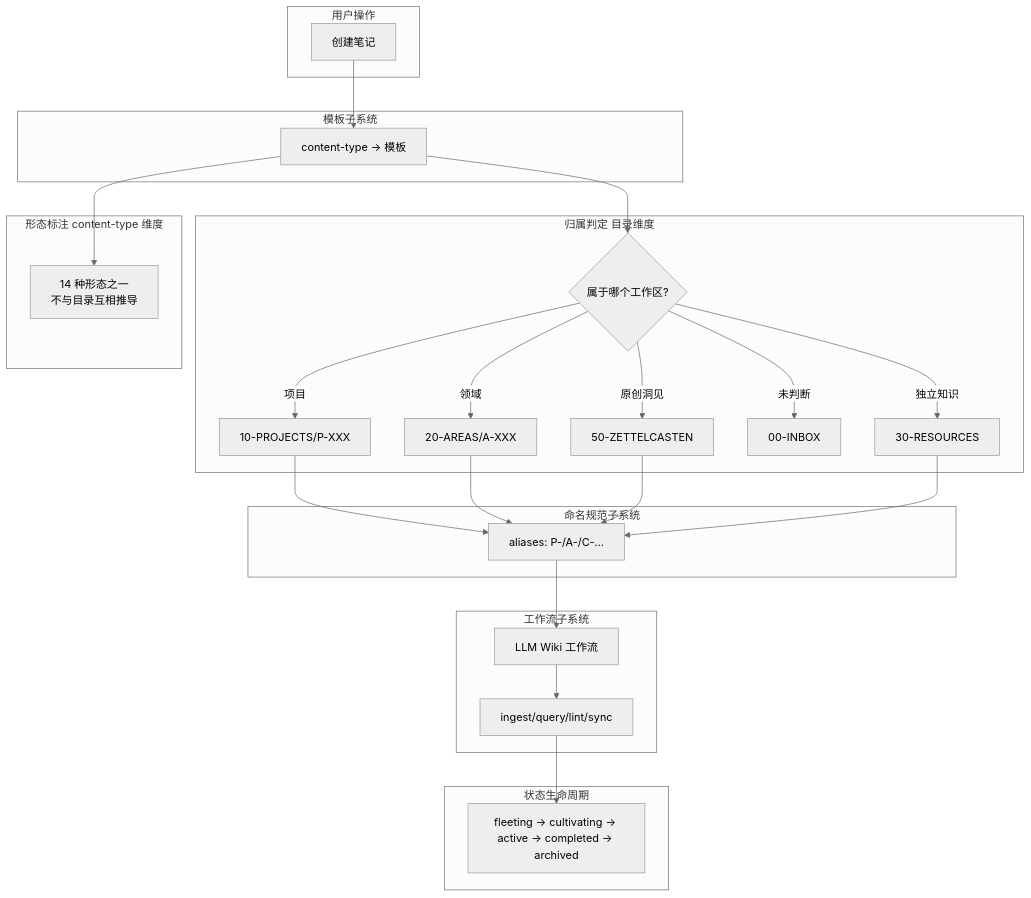
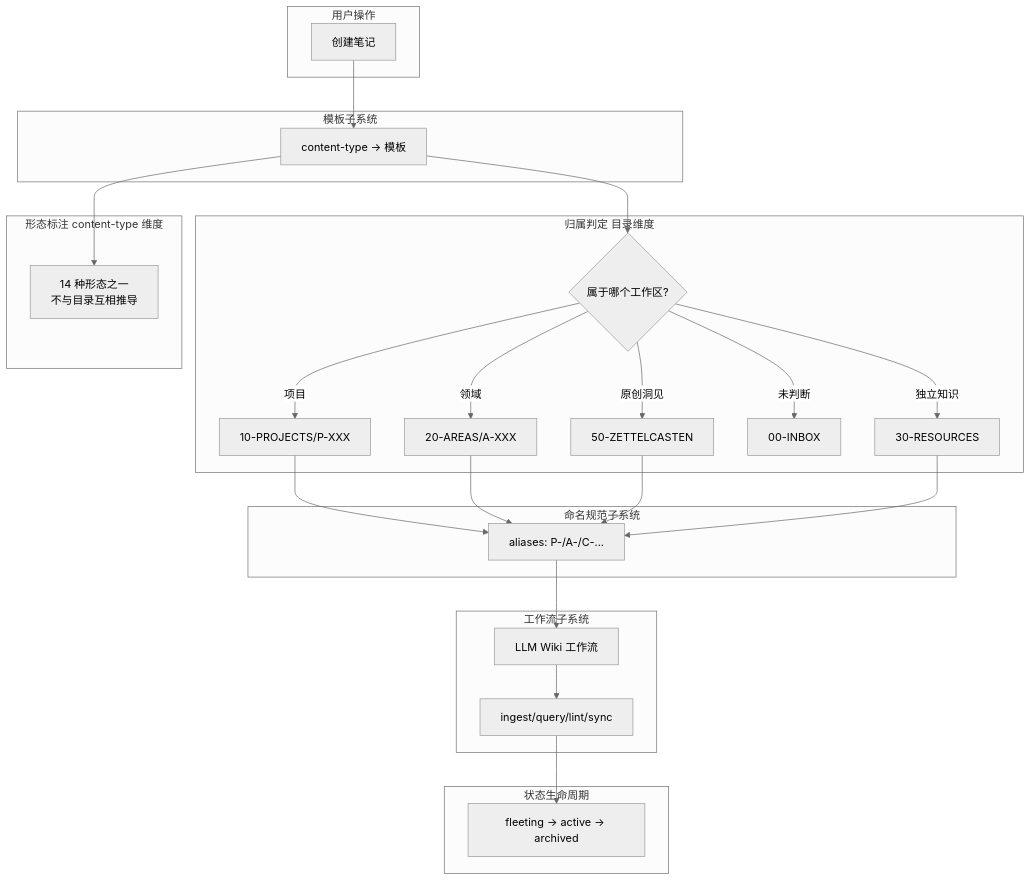
One commit to pedyc/dg.pedyc changed the diagram in content/01-META/Guide/本库子系统概述.md. Above: the diagram before and after it, drawn with Mermaid (neutral theme). The commit also changed other lines of this file and 362 other files, not shown here.

First line of the commit message:
refactor(meta): status 由 5 值收窄为 3 值（fleeting / active / archived）

````diff
--- a/content/01-META/Guide/本库子系统概述.md
+++ b/content/01-META/Guide/本库子系统概述.md
@@ -55,39 +55,39 @@
 ```mermaid
 flowchart TD
     subgraph 用户操作
     A[创建笔记]
     end
 
     subgraph 模板子系统
     A --> B[content-type → 模板]
     end
 
     subgraph 归属判定 目录维度
     B --> C{属于哪个工作区?}
     C -->|项目| D[10-PROJECTS/P-XXX]
     C -->|领域| D2[20-AREAS/A-XXX]
     C -->|原创洞见| H[50-ZETTELCASTEN]
     C -->|未判断| IN[00-INBOX]
     C -->|独立知识| E[30-RESOURCES]
     end
 
     subgraph 形态标注 content-type 维度
     B --> T[14 种形态之一<br/>不与目录互相推导]
     end
 
     subgraph 命名规范子系统
     D --> F[aliases: P-/A-/C-...]
     D2 --> F
     H --> F
     E --> F
     end
 
     subgraph 工作流子系统
     F --> J[LLM Wiki 工作流]
     J --> K[ingest/query/lint/sync]
     end
 
     subgraph 状态生命周期
-    K --> L[fleeting → cultivating → active → completed → archived]
+    K --> L[fleeting → active → archived]
     end
 ```
````
